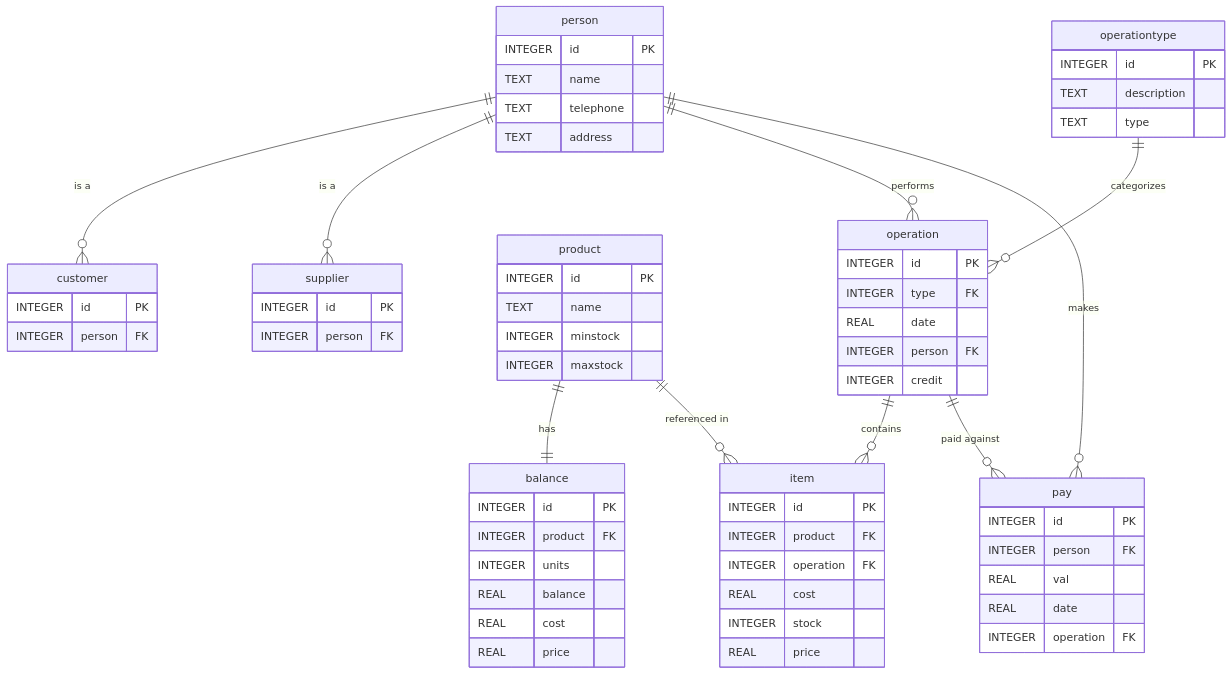
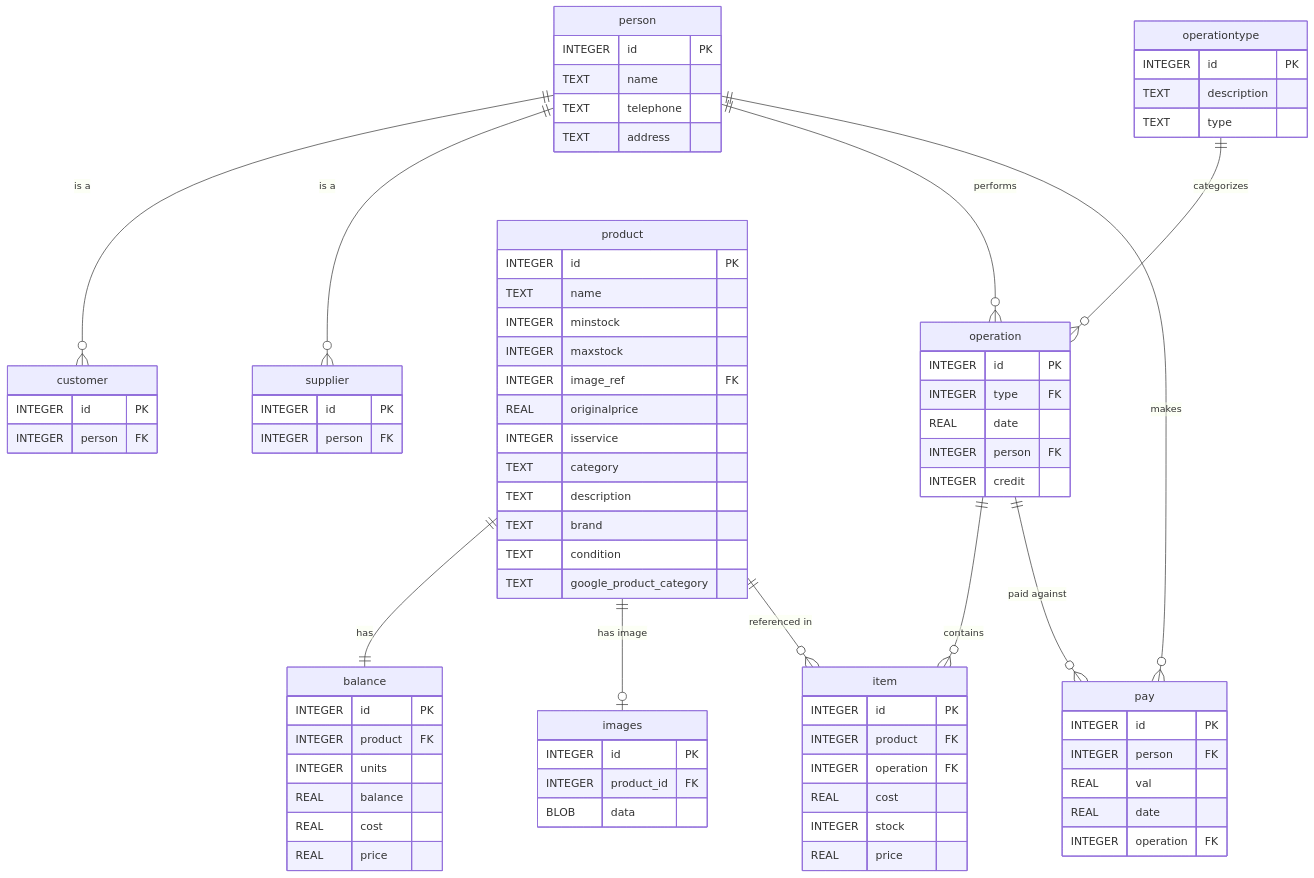
The second of 6 diagrams in README.md (icebishop/apotheca-pos), drawn with Mermaid before and after one commit. The commit also changed other lines of this file and 88 other files, not shown here.

````diff
--- a/README.md
+++ b/README.md
@@ -175,68 +217,82 @@
 ```mermaid
 erDiagram
     person {
         INTEGER id PK
         TEXT name
         TEXT telephone
         TEXT address
     }
     customer {
         INTEGER id PK
         INTEGER person FK
     }
     supplier {
         INTEGER id PK
         INTEGER person FK
     }
     product {
         INTEGER id PK
         TEXT name
         INTEGER minstock
         INTEGER maxstock
+        INTEGER image_ref FK
+        REAL originalprice
+        INTEGER isservice
+        TEXT category
+        TEXT description
+        TEXT brand
+        TEXT condition
+        TEXT google_product_category
     }
     balance {
         INTEGER id PK
         INTEGER product FK
         INTEGER units
         REAL balance
         REAL cost
         REAL price
+    }
+    images {
+        INTEGER id PK
+        INTEGER product_id FK
+        BLOB data
     }
     operationtype {
         INTEGER id PK
         TEXT description
         TEXT type
     }
     operation {
         INTEGER id PK
         INTEGER type FK
         REAL date
         INTEGER person FK
         INTEGER credit
     }
     item {
         INTEGER id PK
         INTEGER product FK
         INTEGER operation FK
         REAL cost
         INTEGER stock
         REAL price
     }
     pay {
         INTEGER id PK
         INTEGER person FK
         REAL val
         REAL date
         INTEGER operation FK
     }
 
     person ||--o{ customer : "is a"
     person ||--o{ supplier : "is a"
     product ||--|| balance : "has"
+    product ||--o| images : "has image"
     operationtype ||--o{ operation : "categorizes"
     person ||--o{ operation : "performs"
     operation ||--o{ item : "contains"
     product ||--o{ item : "referenced in"
     person ||--o{ pay : "makes"
     operation ||--o{ pay : "paid against"
 ```
````
